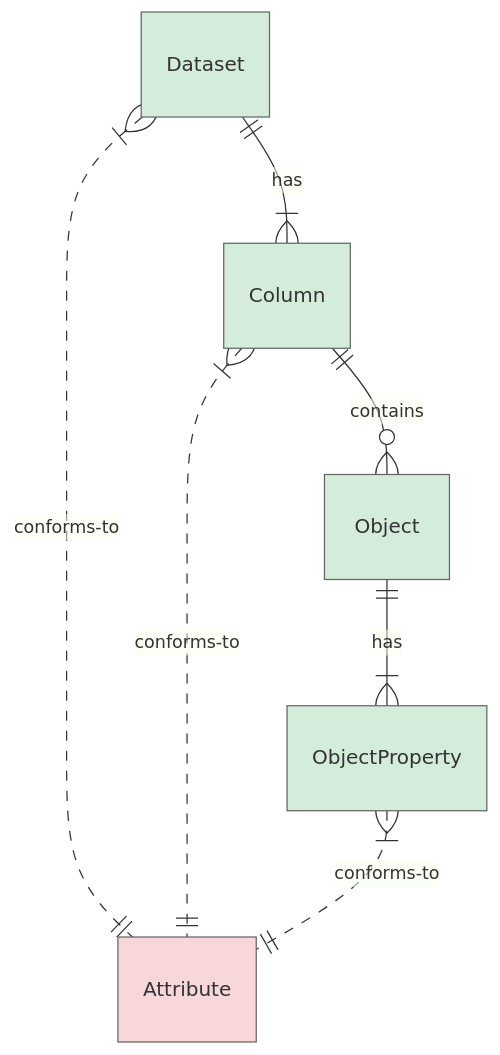
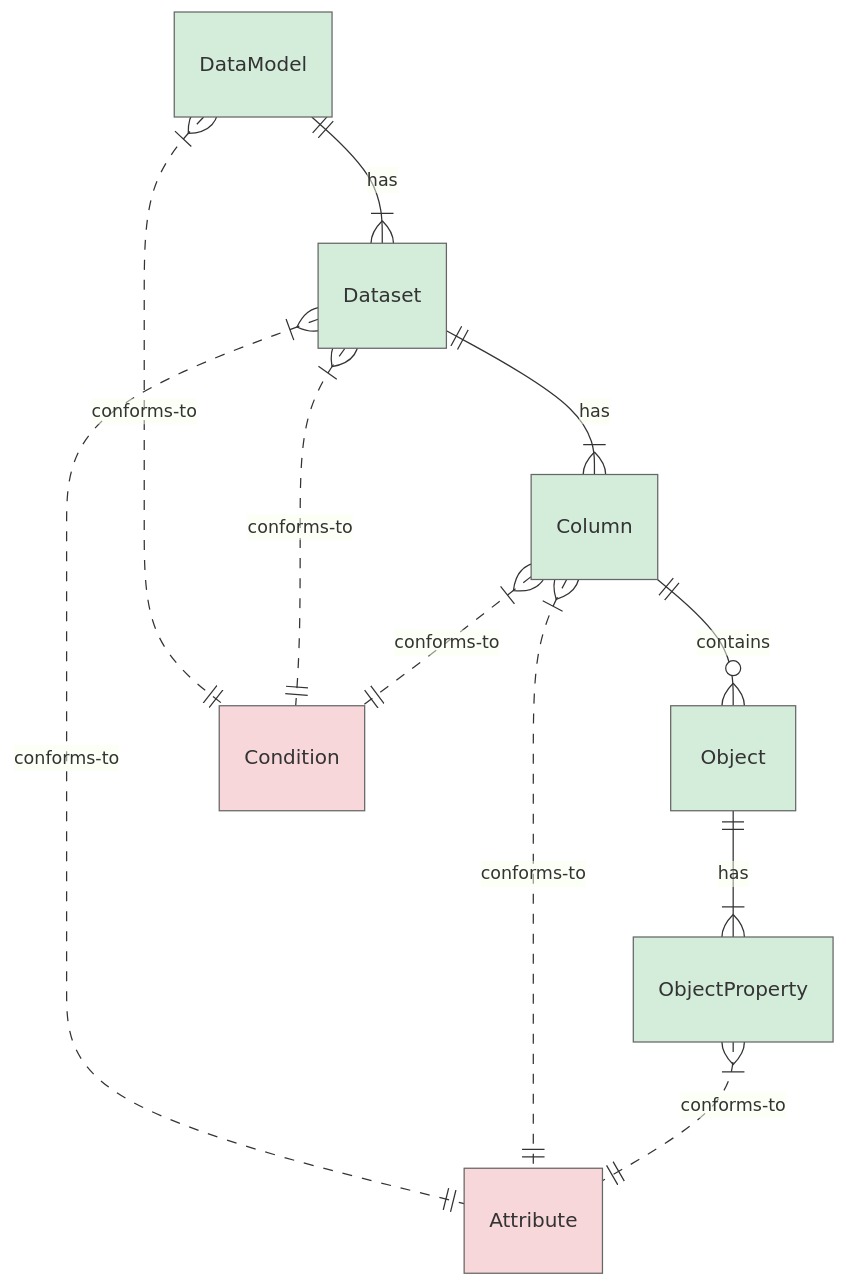
Before and after one commit to FinOps-Open-Cost-and-Usage-Spec/FOCUS_Spec: the diagram in guidelines/contributors/normative-requirements-guidelines.md, drawn with Mermaid. The commit also changed other lines of this file, not shown here.

Commit message:
update entity diagram and description

````diff
--- a/guidelines/contributors/normative-requirements-guidelines.md
+++ b/guidelines/contributors/normative-requirements-guidelines.md
@@ -14,18 +16,26 @@
 ```mermaid
 erDiagram
+DataModel ||--|{ Dataset : has
 Dataset ||--|{ Column : has
 Column ||--o{ Object : contains
 Object ||--|{ ObjectProperty : has
+
+DataModel }|..|| Condition : conforms-to
+Dataset }|..|| Condition : conforms-to
+Column }|..|| Condition : conforms-to
+
 Dataset }|..|| Attribute : conforms-to
 Column }|..|| Attribute : conforms-to
 ObjectProperty }|..|| Attribute : conforms-to
 
-%% Attribute
+%% Normative reusable entities
 style Attribute fill:#f8d7da,stroke:#666,stroke-width:1px
+style Condition fill:#f8d7da,stroke:#666,stroke-width:1px
 
 %% Schema-level entities
+style DataModel fill:#d4edda,stroke:#666,stroke-width:1px
 style Dataset fill:#d4edda,stroke:#666,stroke-width:1px
 style Column fill:#d4edda,stroke:#666,stroke-width:1px
 style Object fill:#d4edda,stroke:#666,stroke-width:1px
 style ObjectProperty fill:#d4edda,stroke:#666,stroke-width:1px
 ```
````
